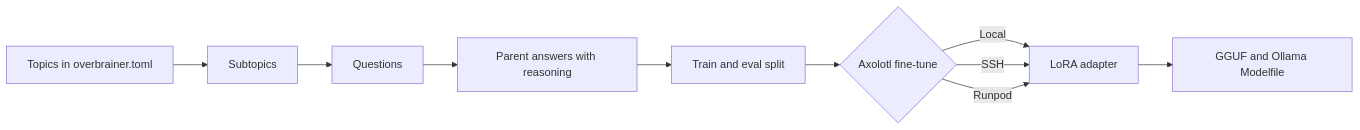
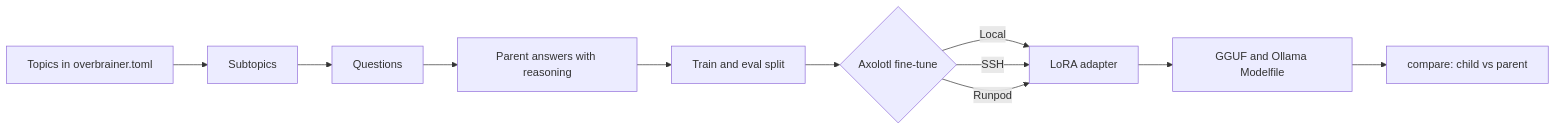
The diagram in README.md (nayrosk/overbrainer), drawn with Mermaid before and after one commit. The commit also changed other lines of this file and 206 other files, not shown here.

First line of the commit message:
feat: compare a child model with its parent on the eval set (#133)

````diff
--- a/README.md
+++ b/README.md
@@ -19,12 +19,13 @@
 ```mermaid
 flowchart LR
     T[Topics in overbrainer.toml] --> S[Subtopics]
     S --> Q[Questions]
     Q --> A[Parent answers with reasoning]
     A --> SP[Train and eval split]
     SP --> F{Axolotl fine-tune}
     F -->|Local| L[LoRA adapter]
     F -->|SSH| L
     F -->|Runpod| L
     L --> G[GGUF and Ollama Modelfile]
+    G --> C[compare: child vs parent]
 ```
````
